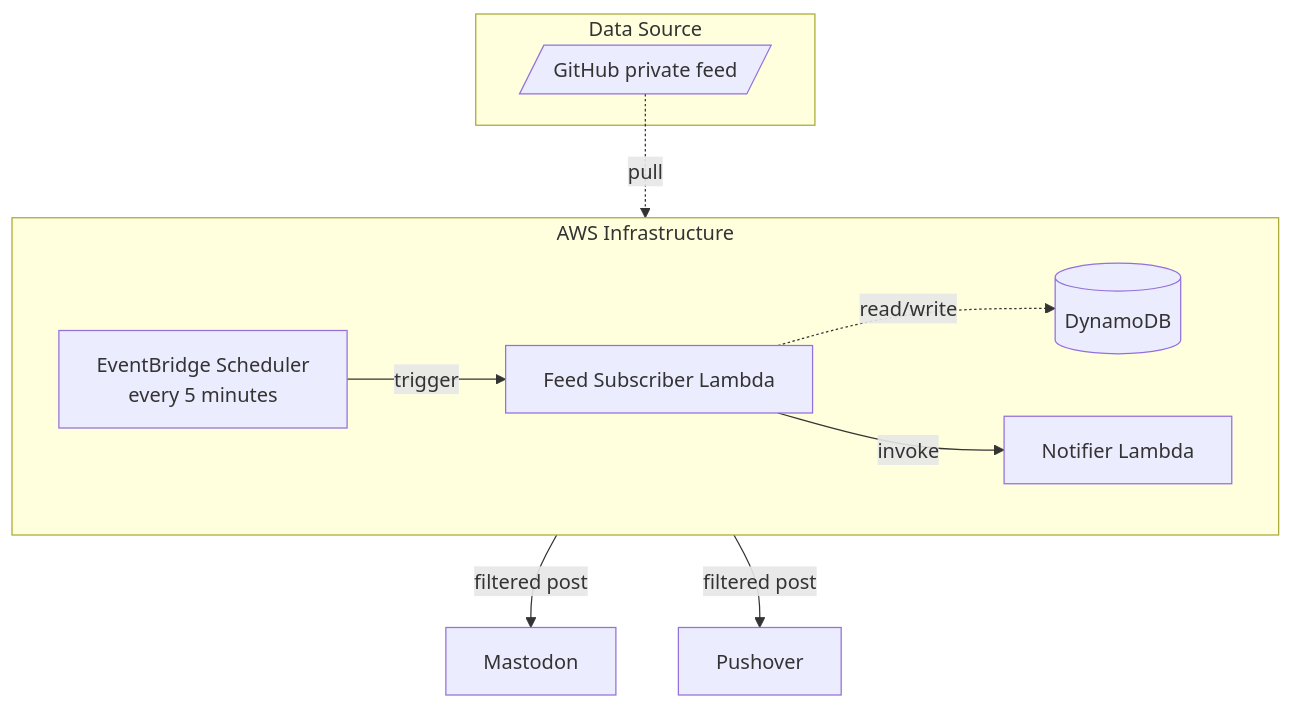
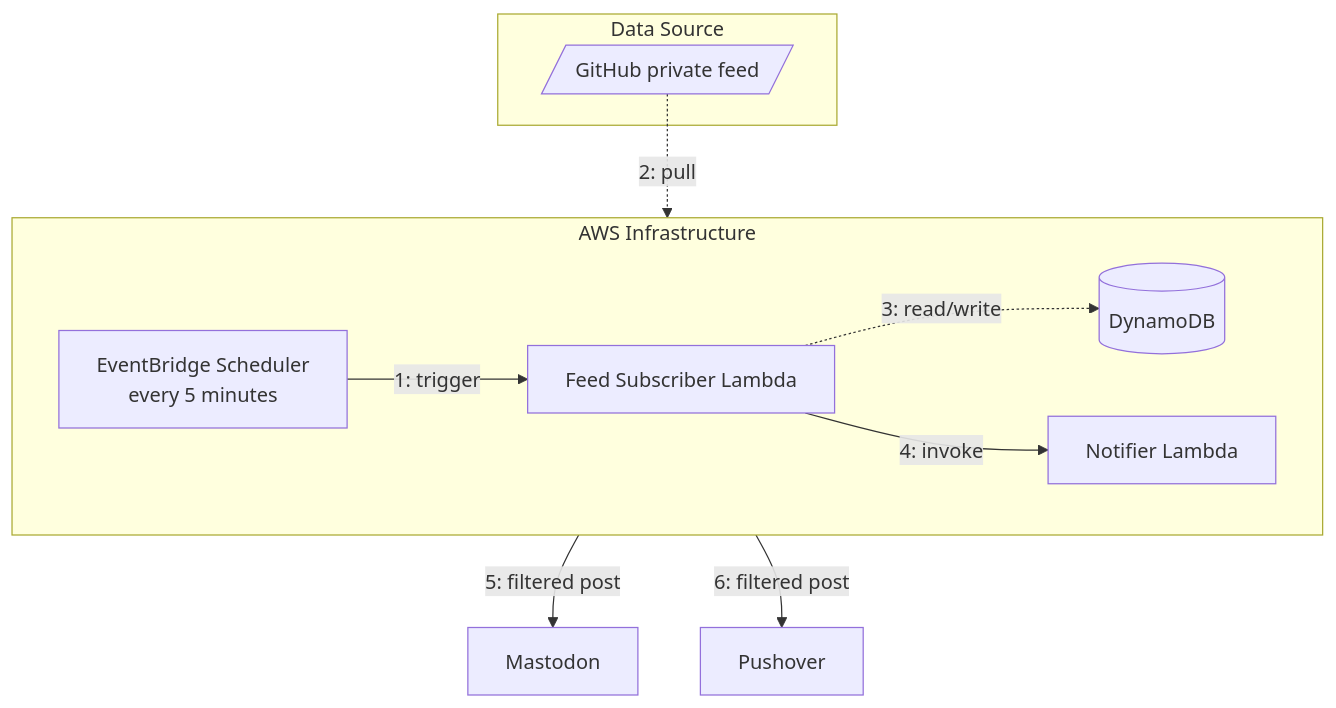
Before and after one commit to masutaka/masutaka-feed: the first of 2 diagrams in README.md, drawn with Mermaid. The commit also changed other lines of this file, not shown here.

Commit message:
実行順が分かるようにする
Prompt:

@README.md の mermaid 図の矢印にメモが書いてありますよね。実行順が分かるように数字を付けて think

Prompt:

ラベルが「Unsupported markdown: list」になってしまった

Prompt:

正しく表示されましたが、ピリオドのような記号は付けたいです

````diff
--- a/README.md
+++ b/README.md
@@ -13,20 +13,20 @@
 ```mermaid
 graph TD
     subgraph "Data Source"
         A[/GitHub private feed/]
     end
 
     subgraph "AWS Infrastructure"
         direction LR
-        G[EventBridge Scheduler<br/>every 5 minutes] -->|trigger| H[Feed Subscriber Lambda]
-        H -.->|read/write| I[(DynamoDB)]
-        H -->|invoke| D[Notifier Lambda]
+        G[EventBridge Scheduler<br/>every 5 minutes] -->|1: trigger| H[Feed Subscriber Lambda]
+        H -.->|3: read/write| I[(DynamoDB)]
+        H -->|4: invoke| D[Notifier Lambda]
     end
 
     E[Mastodon]
     F[Pushover]
 
-    A -.->|pull| H
-    D -->|filtered post| E
-    D -->|filtered post| F
+    A -.->|2: pull| H
+    D -->|5: filtered post| E
+    D -->|6: filtered post| F
 ```
````
